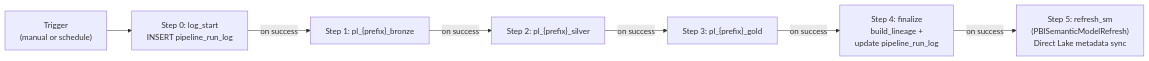
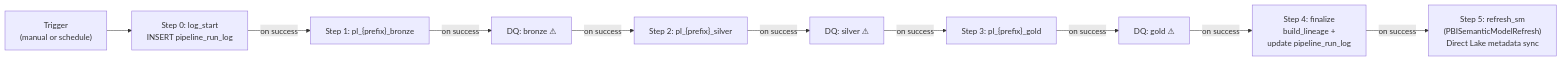
The first of 9 diagrams in template_pipeline_guide.md (ankinguyen-engineer-2002/Fabric-v9-Warehouse-Medallion), drawn with Mermaid before and after one commit. The commit also changed other lines of this file and 5 other files, not shown here.

First line of the commit message:
Add DQ gates to all pipeline architecture diagrams (experimental)

````diff
--- a/template_pipeline_guide.md
+++ b/template_pipeline_guide.md
@@ -12,12 +12,18 @@
 ```mermaid
 flowchart LR
     T["Trigger\n(manual or schedule)"]
     LS["Step 0: log_start\nINSERT pipeline_run_log"]
     B["Step 1: pl_{prefix}_bronze"]
     S["Step 2: pl_{prefix}_silver"]
     G["Step 3: pl_{prefix}_gold"]
     FN["Step 4: finalize\nbuild_lineage +\nupdate pipeline_run_log"]
     SM["Step 5: refresh_sm\n(PBISemanticModelRefresh)\nDirect Lake metadata sync"]
 
-    T --> LS -->|"on success"| B -->|"on success"| S -->|"on success"| G -->|"on success"| FN -->|"on success"| SM
+    T --> LS -->|"on success"| B
+    B -->|"on success"| DQ1["DQ: bronze ⚠"]
+    DQ1 -->|"on success"| S
+    S -->|"on success"| DQ2["DQ: silver ⚠"]
+    DQ2 -->|"on success"| G
+    G -->|"on success"| DQ3["DQ: gold ⚠"]
+    DQ3 -->|"on success"| FN -->|"on success"| SM
 ```
````
